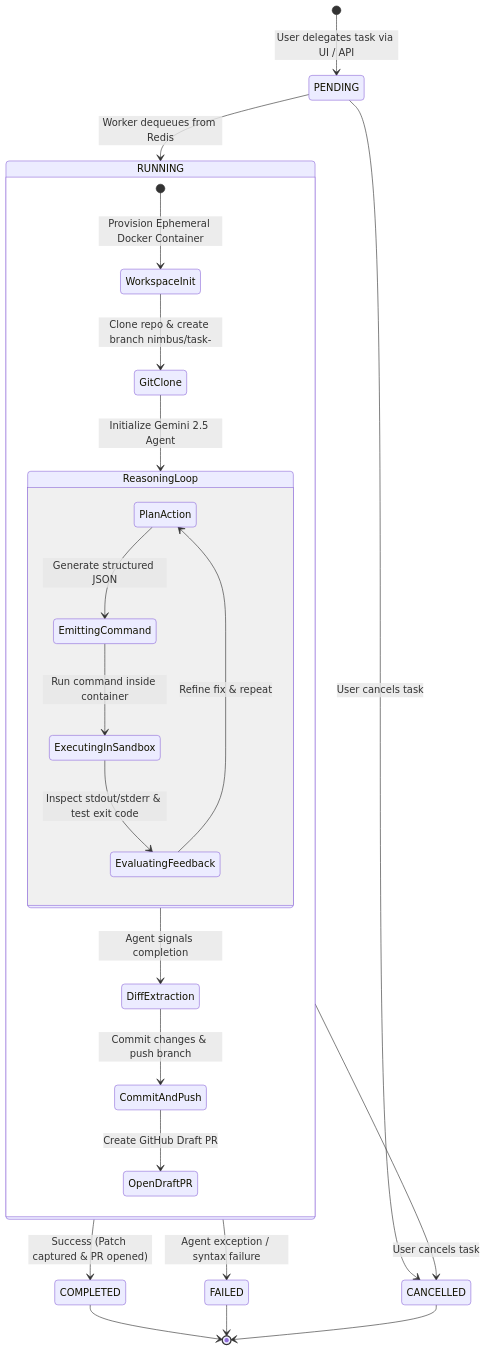
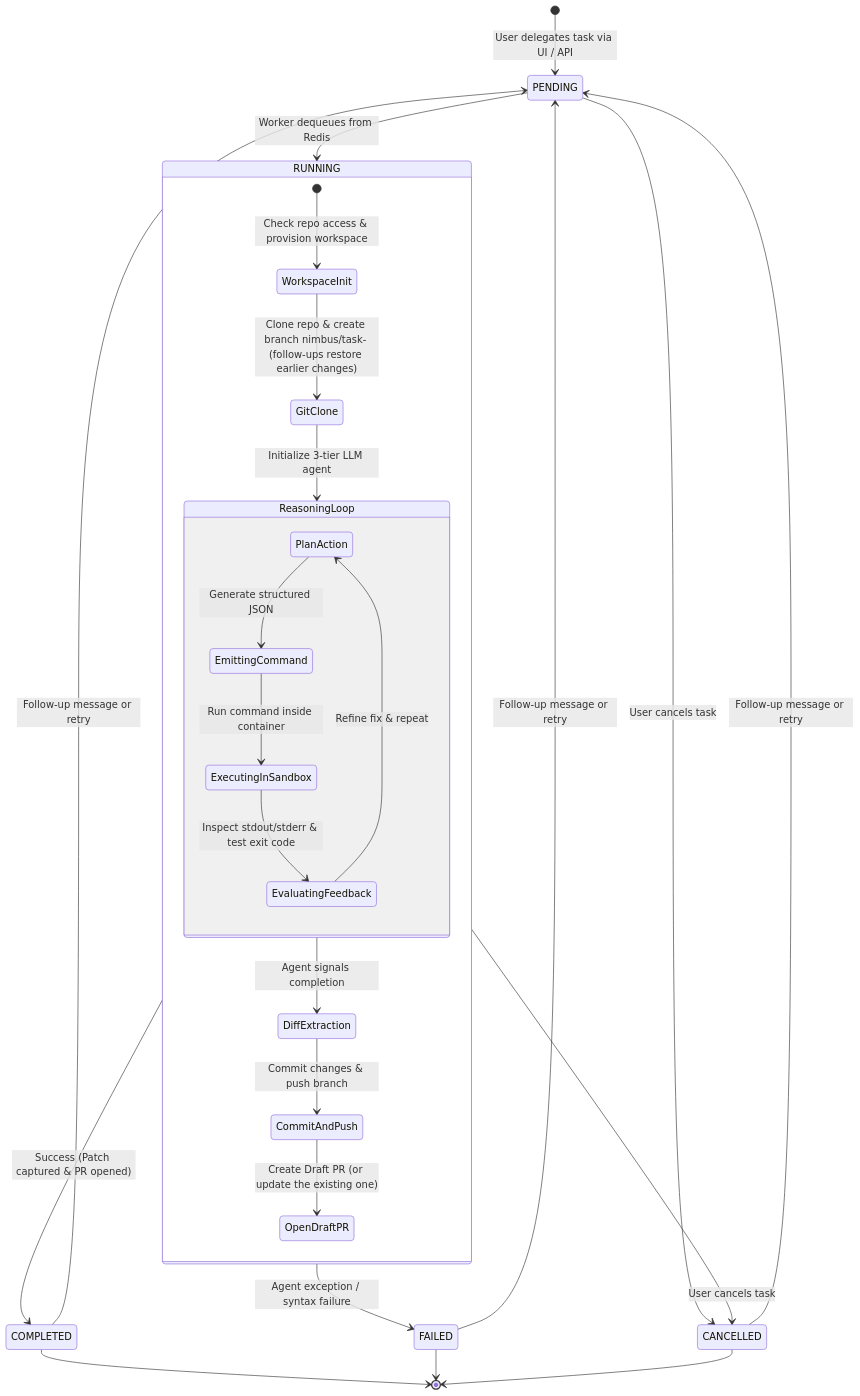
Before and after one commit to anmolsharma152/nimbus: the third of 3 diagrams in README.md, drawn with Mermaid. The commit also changed other lines of this file and 11 other files, not shown here.

````diff
--- a/README.md
+++ b/README.md
@@ -137,31 +138,34 @@
 ```mermaid
 stateDiagram-v2
     [*] --> PENDING: User delegates task via UI / API
     PENDING --> RUNNING: Worker dequeues from Redis
     
     state RUNNING {
-        [*] --> WorkspaceInit: Provision Ephemeral Docker Container
-        WorkspaceInit --> GitClone: Clone repo & create branch nimbus/task-<id>
-        GitClone --> ReasoningLoop: Initialize Gemini 2.5 Agent
+        [*] --> WorkspaceInit: Check repo access & provision workspace
+        WorkspaceInit --> GitClone: Clone repo & create branch nimbus/task-<id> (follow-ups restore earlier changes)
+        GitClone --> ReasoningLoop: Initialize 3-tier LLM agent
         
         state ReasoningLoop {
             PlanAction --> EmittingCommand: Generate structured JSON
             EmittingCommand --> ExecutingInSandbox: Run command inside container
             ExecutingInSandbox --> EvaluatingFeedback: Inspect stdout/stderr & test exit code
             EvaluatingFeedback --> PlanAction: Refine fix & repeat
         }
         
         ReasoningLoop --> DiffExtraction: Agent signals completion
         DiffExtraction --> CommitAndPush: Commit changes & push branch
-        CommitAndPush --> OpenDraftPR: Create GitHub Draft PR
+        CommitAndPush --> OpenDraftPR: Create Draft PR (or update the existing one)
     }
 
     RUNNING --> COMPLETED: Success (Patch captured & PR opened)
     RUNNING --> FAILED: Agent exception / syntax failure
     PENDING --> CANCELLED: User cancels task
     RUNNING --> CANCELLED: User cancels task
+    COMPLETED --> PENDING: Follow-up message or retry
+    FAILED --> PENDING: Follow-up message or retry
+    CANCELLED --> PENDING: Follow-up message or retry
     
     COMPLETED --> [*]
     FAILED --> [*]
     CANCELLED --> [*]
 ```
````
